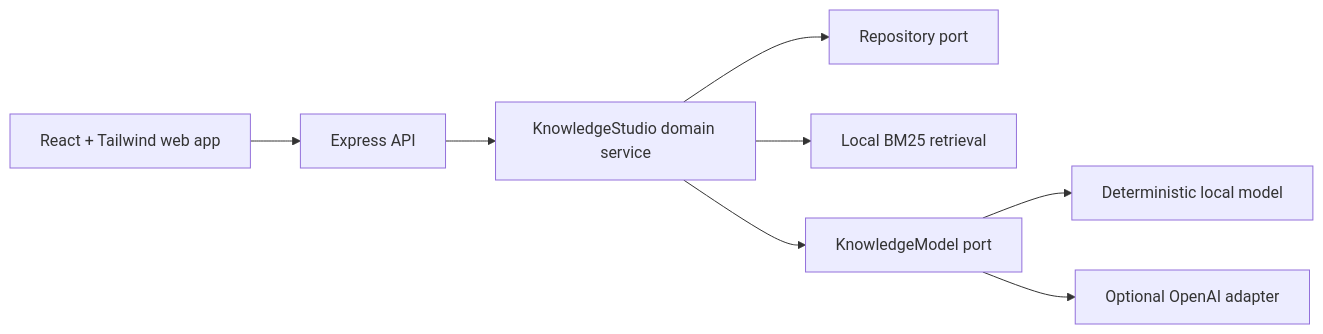
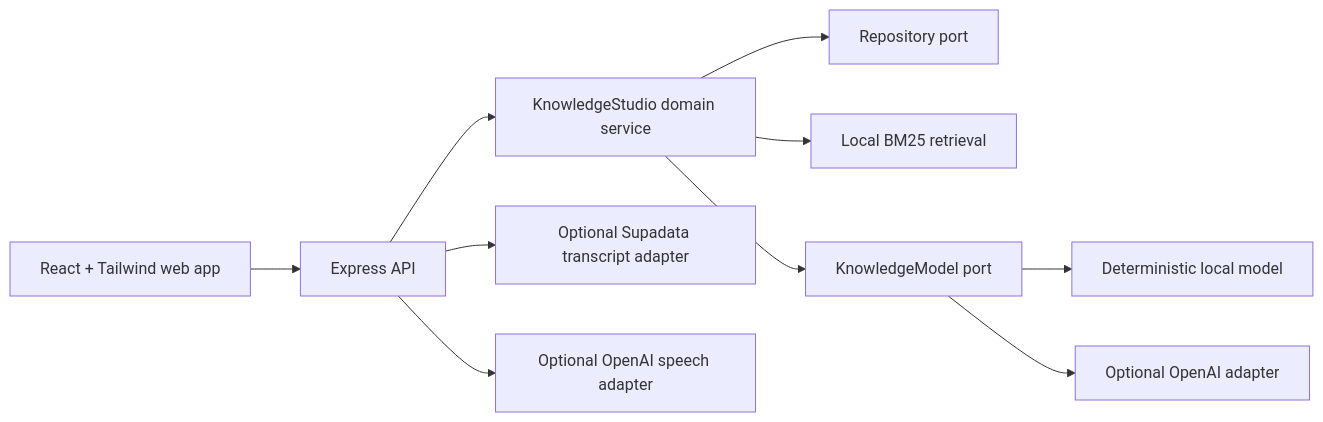
Before and after one commit to bke-edu/360GNH: the diagram in README.md, drawn with Mermaid. The commit also changed other lines of this file and 50 other files, not shown here.

````diff
--- a/README.md
+++ b/README.md
@@ -67,10 +87,12 @@
 ```mermaid
 flowchart LR
   Web[React + Tailwind web app] --> API[Express API]
   API --> Studio[KnowledgeStudio domain service]
   Studio --> Repo[Repository port]
   Studio --> Search[Local BM25 retrieval]
   Studio --> Model[KnowledgeModel port]
   Model --> Local[Deterministic local model]
   Model --> OpenAI[Optional OpenAI adapter]
+  API --> Transcript[Optional Supadata transcript adapter]
+  API --> Speech[Optional OpenAI speech adapter]
 ```
````
